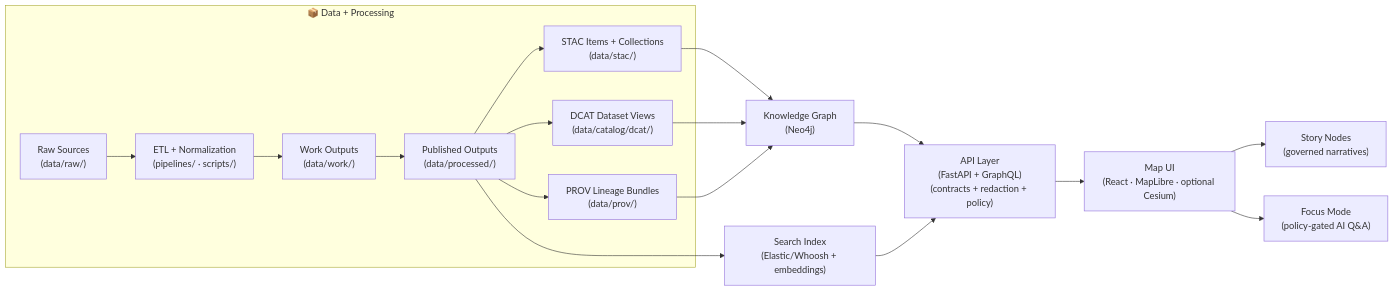
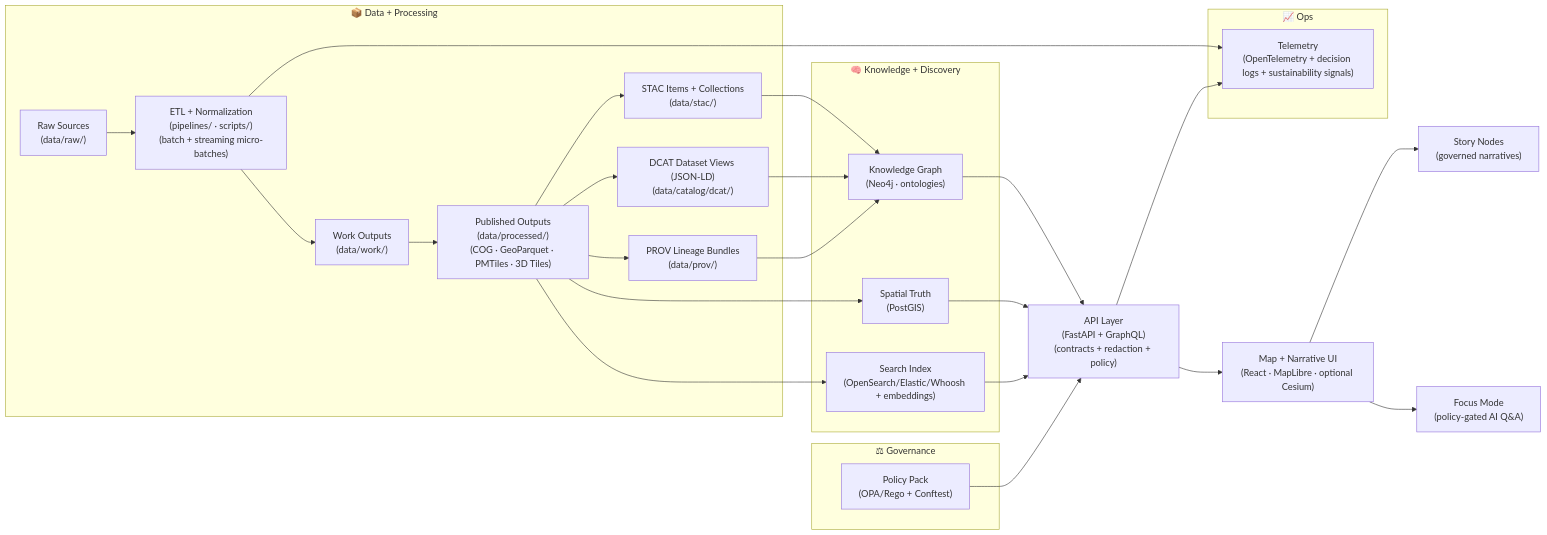
One commit to bartytime4life/Kansas-Frontier-Matrix changed the first of 3 diagrams in README.md. Above: the diagram before and after it, drawn with Mermaid. The commit also changed other lines of this file, not shown here.

````diff
--- a/README.md
+++ b/README.md
@@ -130,23 +170,38 @@
 ```mermaid
 flowchart LR
   subgraph Data["📦 Data + Processing"]
-    A["Raw Sources<br/>(data/raw/)"] --> B["ETL + Normalization<br/>(pipelines/ · scripts/)"]
+    A["Raw Sources<br/>(data/raw/)"] --> B["ETL + Normalization<br/>(pipelines/ · scripts/)<br/>(batch + streaming micro-batches)"]
     B --> W["Work Outputs<br/>(data/work/)"]
-    W --> P["Published Outputs<br/>(data/processed/)"]
+    W --> P["Published Outputs<br/>(data/processed/)<br/>(COG · GeoParquet · PMTiles · 3D Tiles)"]
     P --> C["STAC Items + Collections<br/>(data/stac/)"]
-    P --> D["DCAT Dataset Views<br/>(data/catalog/dcat/)"]
+    P --> D["DCAT Dataset Views (JSON-LD)<br/>(data/catalog/dcat/)"]
     P --> E["PROV Lineage Bundles<br/>(data/prov/)"]
   end
 
-  C --> G["Knowledge Graph<br/>(Neo4j)"]
-  D --> G
-  E --> G
+  subgraph Knowledge["🧠 Knowledge + Discovery"]
+    C --> G["Knowledge Graph<br/>(Neo4j · ontologies)"]
+    D --> G
+    E --> G
+    P --> R["Spatial Truth<br/>(PostGIS)"]
+    P --> S["Search Index<br/>(OpenSearch/Elastic/Whoosh + embeddings)"]
+  end
 
-  P --> S["Search Index<br/>(Elastic/Whoosh + embeddings)"]
+  subgraph Governance["⚖ Governance"]
+    X["Policy Pack<br/>(OPA/Rego + Conftest)"]
+  end
 
   G --> H["API Layer<br/>(FastAPI + GraphQL)<br/>(contracts + redaction + policy)"]
+  R --> H
   S --> H
-  H --> I["Map UI<br/>(React · MapLibre · optional Cesium)"]
+  X --> H
+
+  H --> I["Map + Narrative UI<br/>(React · MapLibre · optional Cesium)"]
   I --> J["Story Nodes<br/>(governed narratives)"]
   I --> K["Focus Mode<br/>(policy-gated AI Q&A)"]
+
+  subgraph Ops["📈 Ops"]
+    T["Telemetry<br/>(OpenTelemetry + decision logs + sustainability signals)"]
+  end
+  B --> T
+  H --> T
 ```
````
